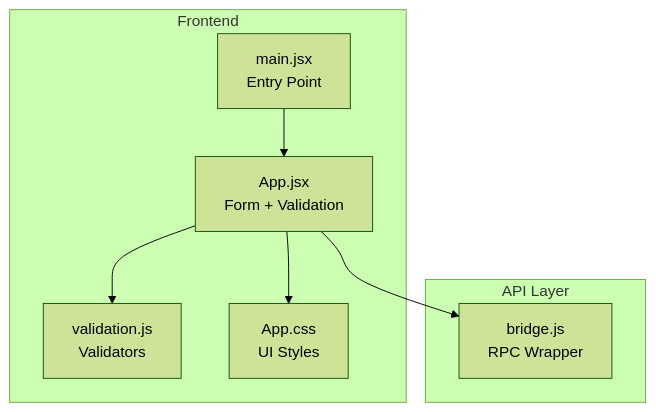
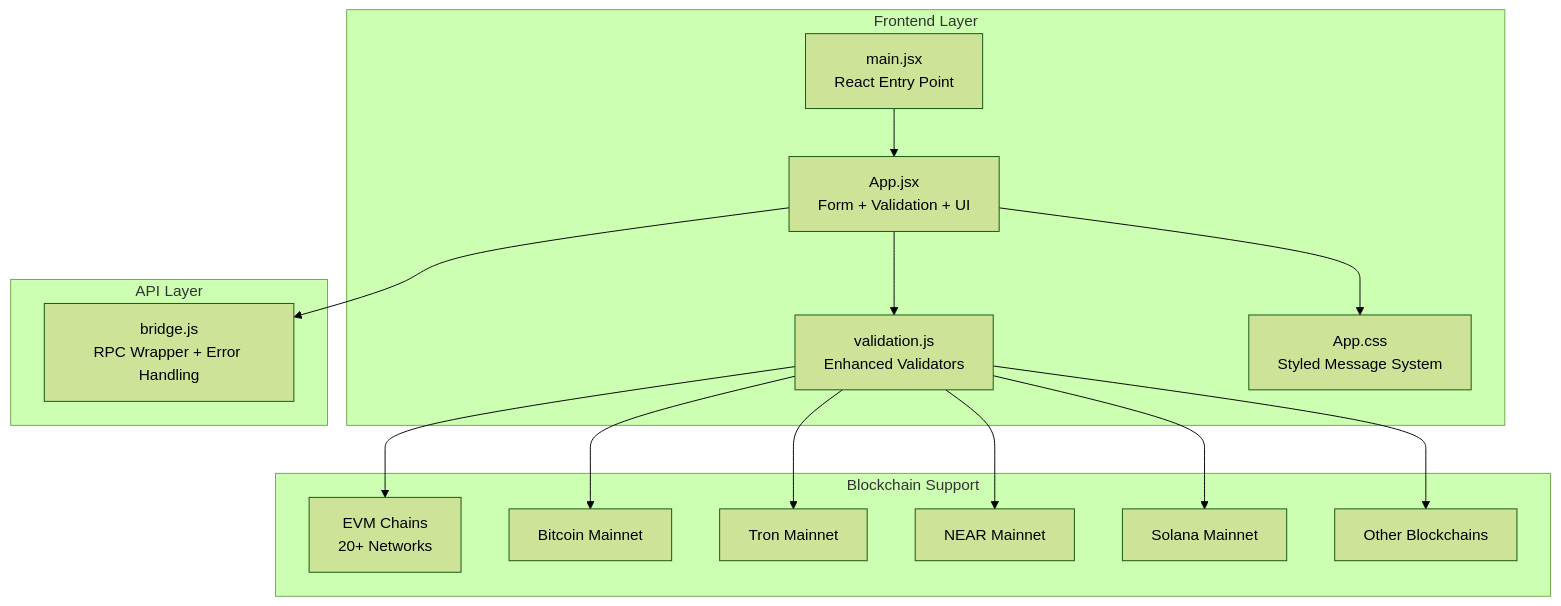
One commit to KaranMakani/deposit-fixer changed the first of 4 diagrams in .qoder/repowiki/en/content/Technical Architecture/Validation Utilities.md. Above: the diagram before and after it, drawn with Mermaid (forest theme). The commit also changed other lines of this file and 10 other files, not shown here.

````diff
--- a/.qoder/repowiki/en/content/Technical Architecture/Validation Utilities.md
+++ b/.qoder/repowiki/en/content/Technical Architecture/Validation Utilities.md
@@ -39,16 +49,30 @@
 ```mermaid
 graph TB
-subgraph "Frontend"
-V["validation.js<br/>Validators"]
-A["App.jsx<br/>Form + Validation"]
-M["main.jsx<br/>Entry Point"]
-C["App.css<br/>UI Styles"]
+subgraph "Frontend Layer"
+V["validation.js<br/>Enhanced Validators"]
+A["App.jsx<br/>Form + Validation + UI"]
+M["main.jsx<br/>React Entry Point"]
+C["App.css<br/>Styled Message System"]
 end
 subgraph "API Layer"
-B["bridge.js<br/>RPC Wrapper"]
+B["bridge.js<br/>RPC Wrapper + Error Handling"]
+end
+subgraph "Blockchain Support"
+EVM["EVM Chains<br/>20+ Networks"]
+BTC["Bitcoin Mainnet"]
+TRX["Tron Mainnet"]
+NEAR["NEAR Mainnet"]
+SOL["Solana Mainnet"]
+OTHER["Other Blockchains"]
 end
 M --> A
 A --> V
 A --> B
 A --> C
+V --> EVM
+V --> BTC
+V --> TRX
+V --> NEAR
+V --> SOL
+V --> OTHER
 ```
````
